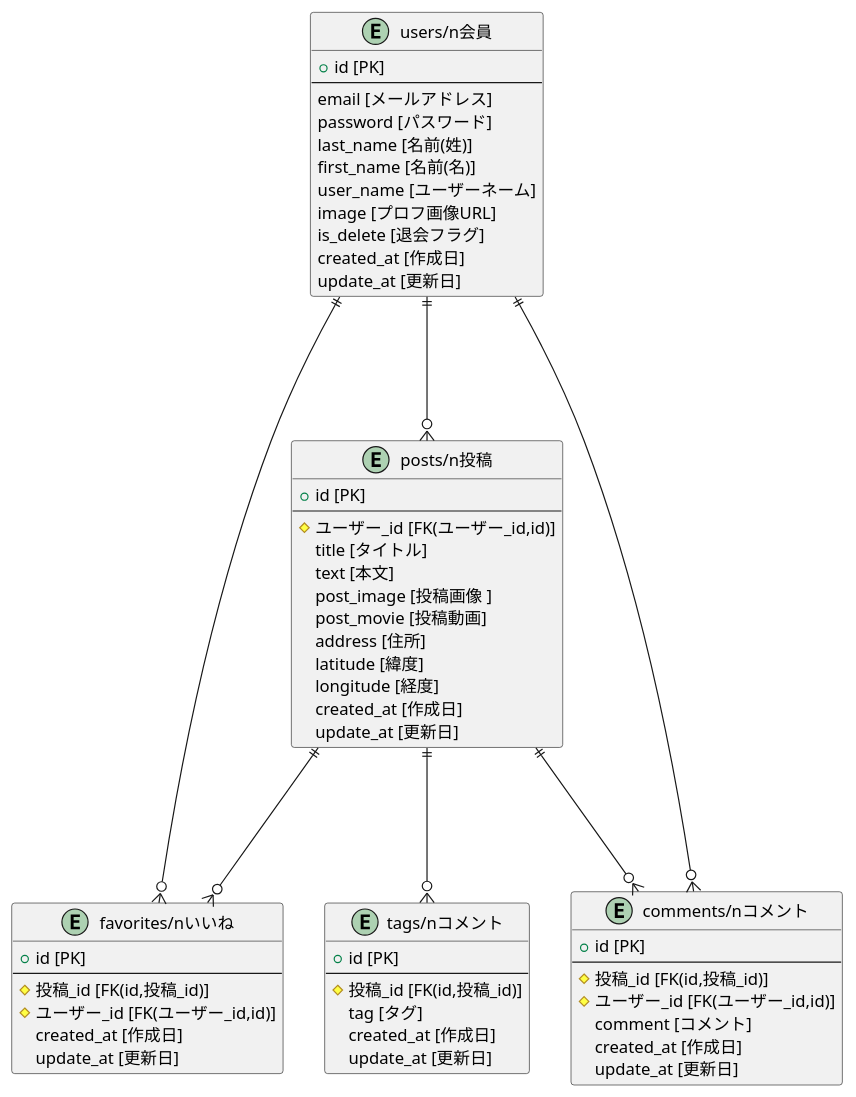
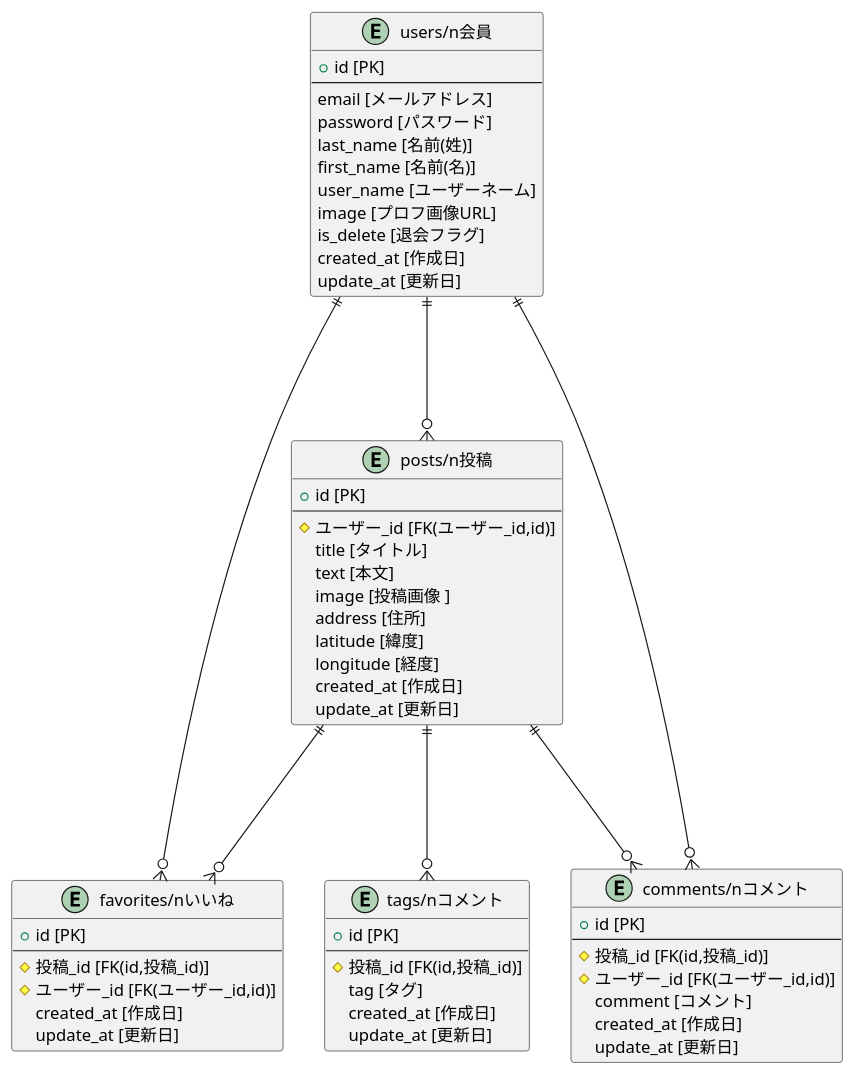
The diagram in README.md (herojejung/Ours), drawn with PlantUML before and after one commit.

Commit message:
[update]ER図

````diff
--- a/README.md
+++ b/README.md
@@ -46,62 +46,61 @@
 ```puml
 @startuml
 entity users as "users/n会員" {
   + id [PK]
   --
 email [メールアドレス]
 password [パスワード]
 last_name [名前(姓)]
 first_name [名前(名)]
 user_name [ユーザーネーム]
 image [プロフ画像URL]
 is_delete [退会フラグ]
 created_at [作成日]
 update_at [更新日]
 }
 entity posts as "posts/n投稿" {
   + id [PK]
   --
 # ユーザー_id [FK(ユーザー_id,id)]
 title [タイトル]
 text [本文]
-post_image [投稿画像 ]
-post_movie [投稿動画]
+image [投稿画像 ]
 address [住所]
 latitude [緯度]
 longitude [経度]
 created_at [作成日]
 update_at [更新日]
 }
 entity tags as "tags/nコメント" {
   + id [PK]
   --
 # 投稿_id [FK(id,投稿_id)]
 tag [タグ]
 created_at [作成日]
 update_at [更新日]
 }
 entity comments as "comments/nコメント" {
   + id [PK]
   --
 # 投稿_id [FK(id,投稿_id)]
 # ユーザー_id [FK(ユーザー_id,id)]
 comment [コメント]
 created_at [作成日]
 update_at [更新日]
 }
 entity favorites as "favorites/nいいね" {
   + id [PK]
   --
 # 投稿_id [FK(id,投稿_id)]
 # ユーザー_id [FK(ユーザー_id,id)]
 created_at [作成日]
 update_at [更新日]
 }
 users ||-d--o{ posts
 posts ||-d--o{tags
 users ||-d--o{ comments
 users ||-d--o{ favorites
 posts ||-d--o{ comments
 posts ||-d--o{ favorites
 @enduml
 ```
````
